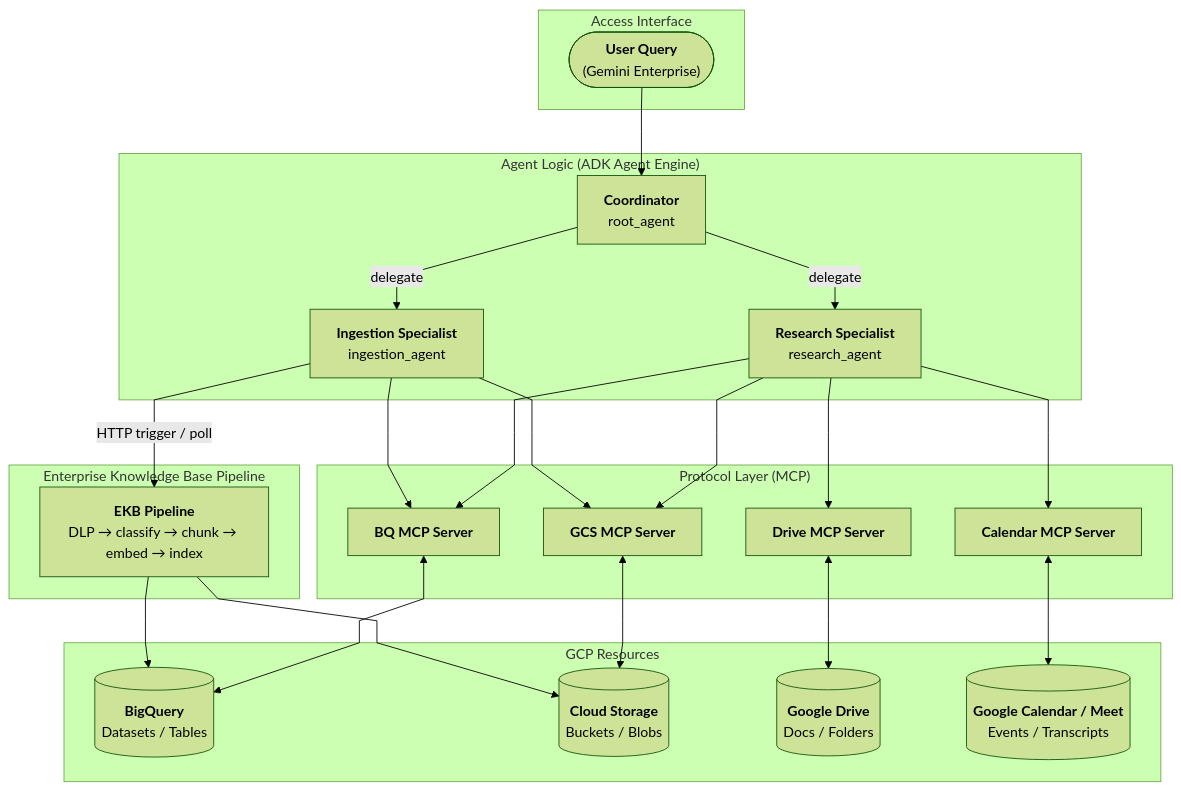
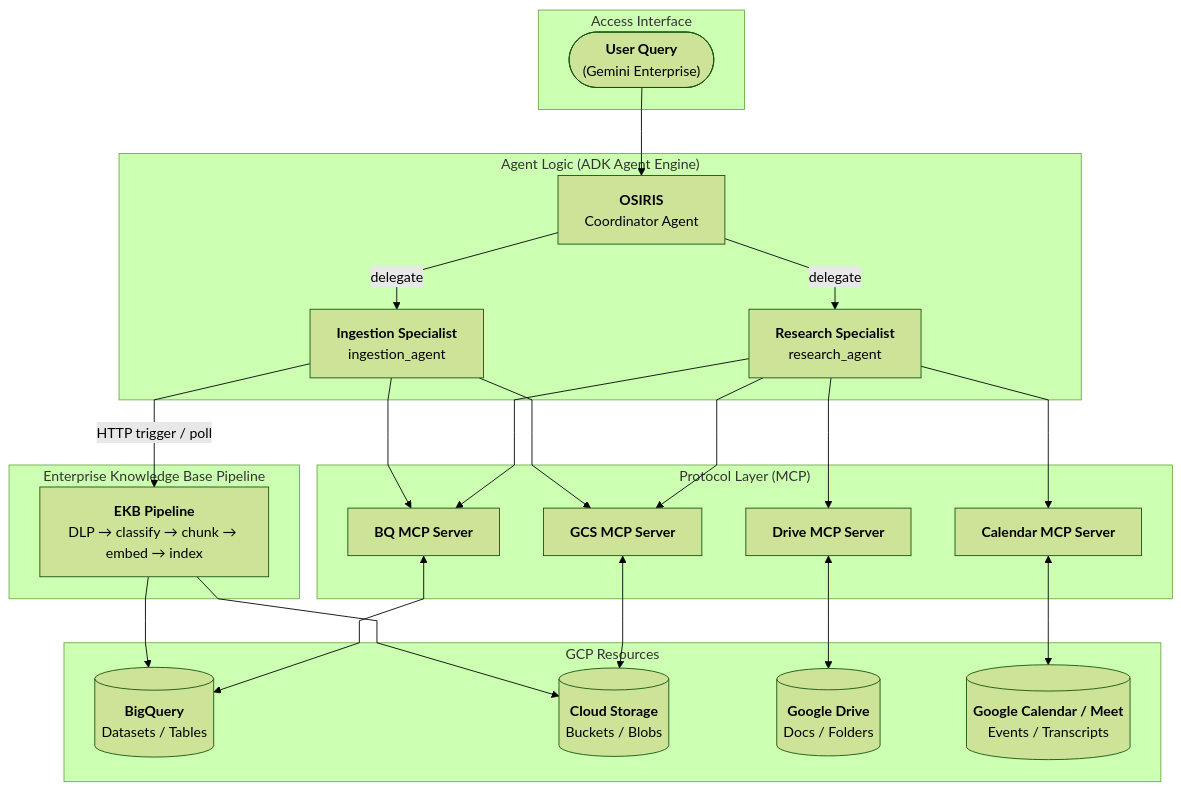
One commit to eamadorm-endava/Research-Agent changed the diagram in README.md. Above: the diagram before and after it, drawn with Mermaid (forest theme). The commit also changed other lines of this file, not shown here.

Commit message:
Update README to include the OSIRIS name

````diff
--- a/README.md
+++ b/README.md
@@ -34,57 +36,57 @@
 ```mermaid
 %%{init: {'flowchart': {'curve': 'linear'}}}%%
 graph TD
     subgraph Entry ["Access Interface"]
         User(["<b>User Query</b><br/>(Gemini Enterprise)"])
     end
 
     subgraph Core ["Agent Logic (ADK Agent Engine)"]
-        Coordinator["<b>Coordinator</b><br/>root_agent"]
+        Coordinator["<b>OSIRIS</b><br/>Coordinator Agent"]
         ResSpec["<b>Research Specialist</b><br/>research_agent"]
         IngSpec["<b>Ingestion Specialist</b><br/>ingestion_agent"]
         Coordinator -->|delegate| ResSpec
         Coordinator -->|delegate| IngSpec
     end
 
     subgraph Gateway ["Protocol Layer (MCP)"]
         BQ_MCP["<b>BQ MCP Server</b>"]
         GCS_MCP["<b>GCS MCP Server</b>"]
         Drive_MCP["<b>Drive MCP Server</b>"]
         Calendar_MCP["<b>Calendar MCP Server</b>"]
     end
 
     subgraph Service ["GCP Resources"]
         BQ_Res[("<b>BigQuery</b><br/>Datasets / Tables")]
         GCS_Res[("<b>Cloud Storage</b><br/>Buckets / Blobs")]
         Drive_Res[("<b>Google Drive</b><br/>Docs / Folders")]
         Calendar_Res[("<b>Google Calendar / Meet</b><br/>Events / Transcripts")]
     end
 
     subgraph EKBPipeline ["Enterprise Knowledge Base Pipeline"]
         EKB["<b>EKB Pipeline</b><br/>DLP → classify → chunk → embed → index"]
     end
 
     %% User entry
     User --> Coordinator
 
-    %% Research agent MCP access
+    %% OSIRIS (Research Specialist) MCP access
     ResSpec --> BQ_MCP
     ResSpec --> GCS_MCP
     ResSpec --> Drive_MCP
     ResSpec --> Calendar_MCP
 
     %% Ingestion agent MCP + EKB access
     IngSpec --> BQ_MCP
     IngSpec --> GCS_MCP
     IngSpec -->|HTTP trigger / poll| EKB
 
     %% MCP ↔ GCP
     BQ_MCP <--> BQ_Res
     GCS_MCP <--> GCS_Res
     Drive_MCP <--> Drive_Res
     Calendar_MCP <--> Calendar_Res
 
     %% EKB writes to storage
     EKB --> GCS_Res
     EKB --> BQ_Res
 ```
````
